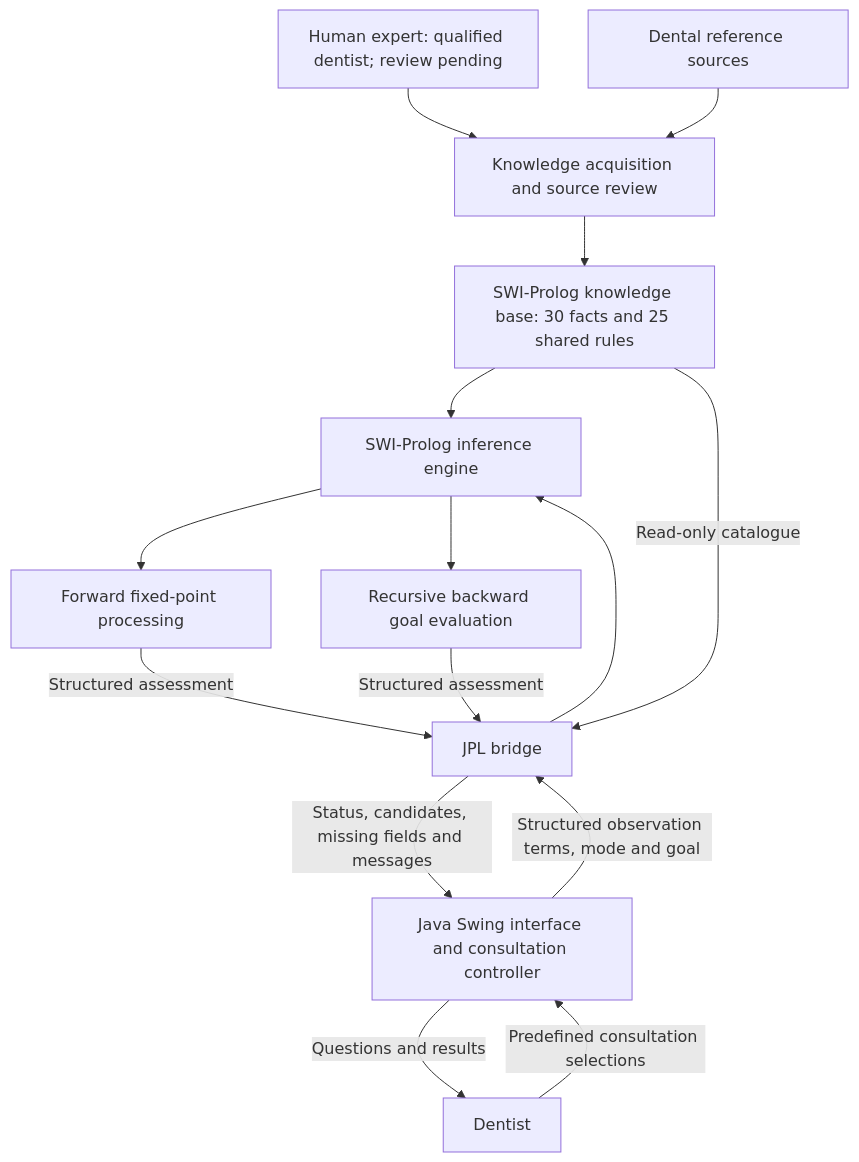
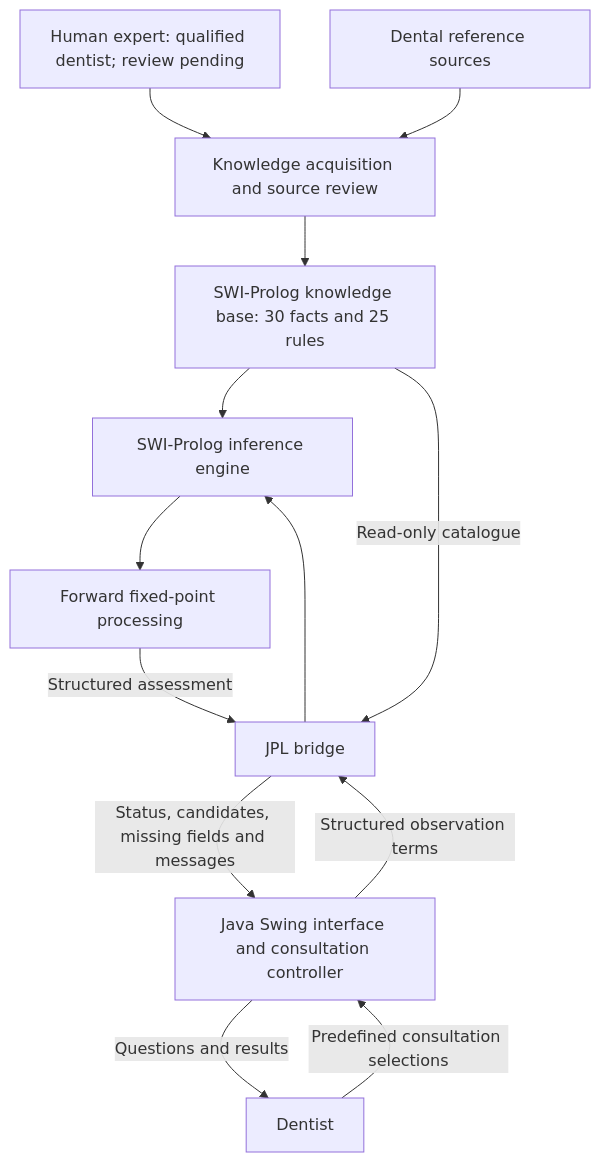
Before and after one commit to vishwajayawickrama/dental-expert-system: the diagram in docs/architecture.md, drawn with Mermaid. The commit also changed other lines of this file and 13 other files, not shown here.

````diff
--- a/docs/architecture.md
+++ b/docs/architecture.md
@@ -25,17 +25,15 @@
 ```mermaid
 flowchart TD
     Expert["Human expert: qualified dentist; review pending"] --> Acquisition["Knowledge acquisition and source review"]
     Sources["Dental reference sources"] --> Acquisition
-    Acquisition --> KB["SWI-Prolog knowledge base: 30 facts and 25 shared rules"]
+    Acquisition --> KB["SWI-Prolog knowledge base: 30 facts and 25 rules"]
     Dentist["Dentist"] -->|"Predefined consultation selections"| UI["Java Swing interface and consultation controller"]
-    UI -->|"Structured observation terms, mode and goal"| JPL["JPL bridge"]
+    UI -->|"Structured observation terms"| JPL["JPL bridge"]
     JPL --> Engine["SWI-Prolog inference engine"]
     KB --> Engine
     Engine --> Forward["Forward fixed-point processing"]
-    Engine --> Backward["Recursive backward goal evaluation"]
     Forward -->|"Structured assessment"| JPL
-    Backward -->|"Structured assessment"| JPL
     JPL -->|"Status, candidates, missing fields and messages"| UI
     UI -->|"Questions and results"| Dentist
     KB -->|"Read-only catalogue"| JPL
 ```
````
